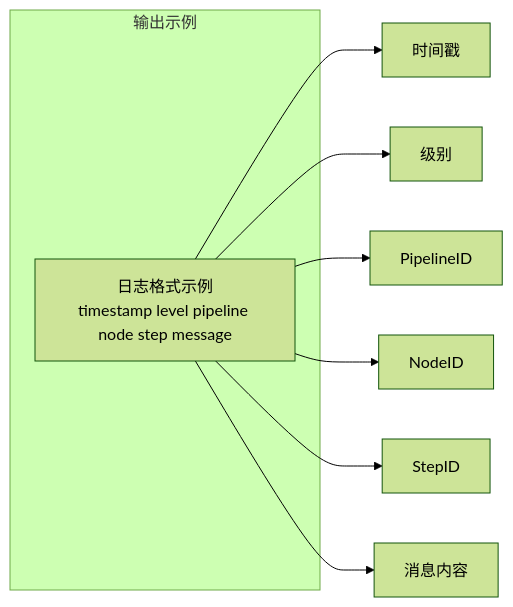
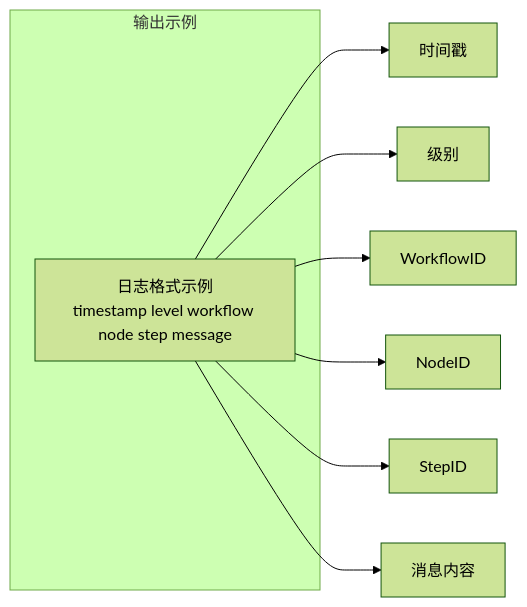
One commit to LerkoX/flowx changed the fifth of 7 diagrams in logger/FLOWS.md. Above: the diagram before and after it, drawn with Mermaid (forest theme). The commit also changed other lines of this file and 99 other files, not shown here.

First line of the commit message:
refactor: Pipeline 统一更名为 Workflow

````diff
--- a/logger/FLOWS.md
+++ b/logger/FLOWS.md
@@ -60,13 +60,13 @@
 ```mermaid
 flowchart LR
     subgraph output_example["输出示例"]
-    A[日志格式示例<br/>timestamp level pipeline node step message]
+    A[日志格式示例<br/>timestamp level workflow node step message]
     end
 
     A --> B[时间戳]
     A --> C[级别]
-    A --> D[PipelineID]
+    A --> D[WorkflowID]
     A --> E[NodeID]
     A --> F[StepID]
     A --> G[消息内容]
 ```
````
